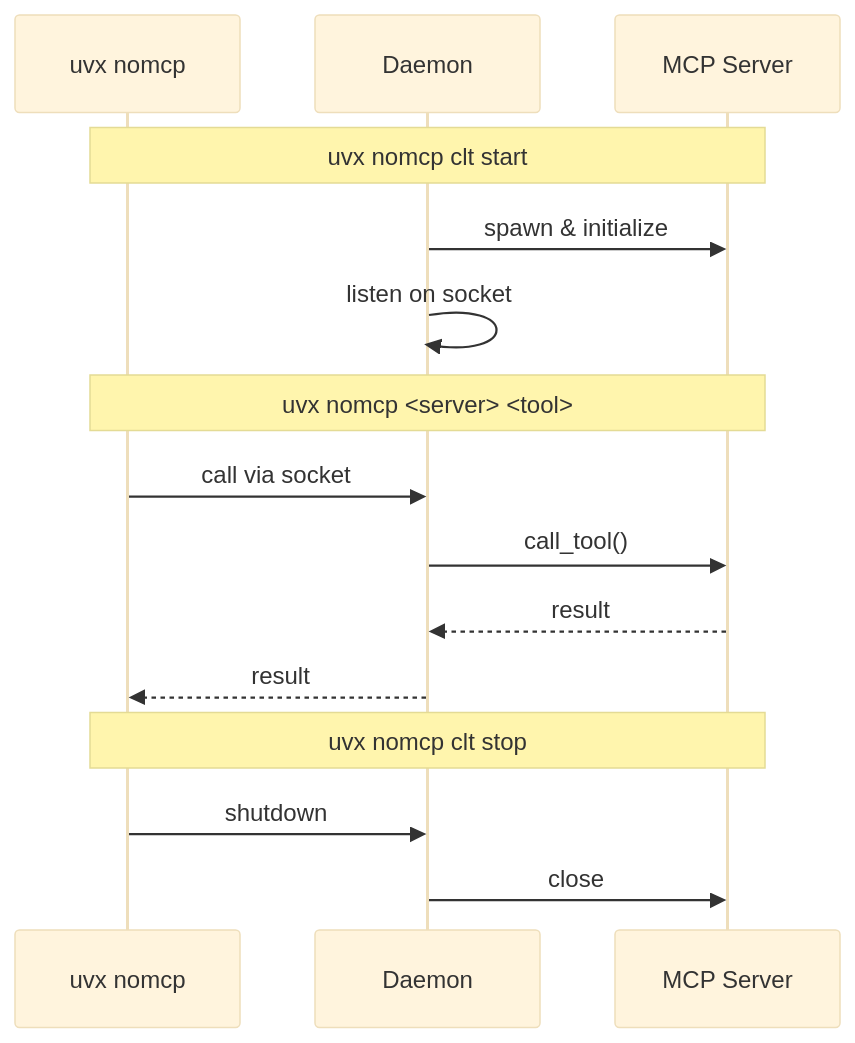
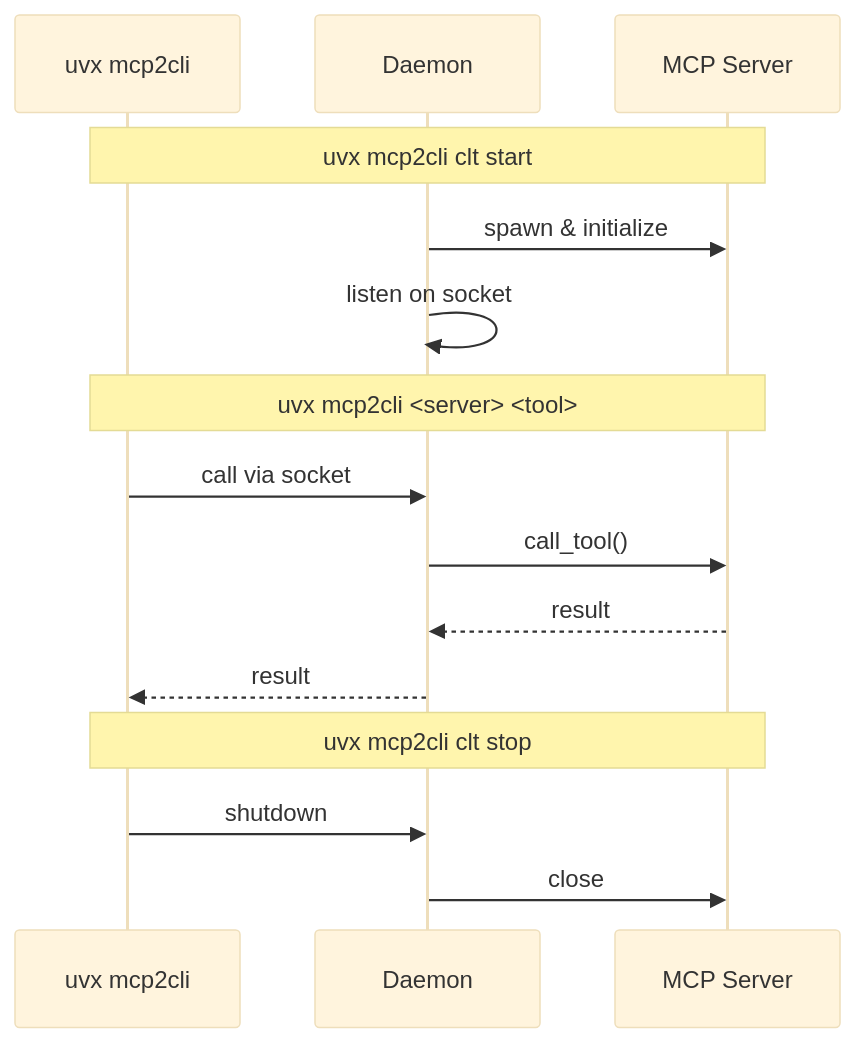
The second of 2 diagrams in README.md (Am1n3e/unmcp), drawn with Mermaid (base theme) before and after one commit. The commit also changed other lines of this file and 21 other files, not shown here.

First line of the commit message:
Rename package from nomcp to mcp2cli

````diff
--- a/README.md
+++ b/README.md
@@ -90,20 +90,20 @@
 ```mermaid
 sequenceDiagram
-    participant CLI as uvx nomcp
+    participant CLI as uvx mcp2cli
     participant D as Daemon
     participant MCP as MCP Server
 
-    Note over CLI,MCP: uvx nomcp clt start
+    Note over CLI,MCP: uvx mcp2cli clt start
     D->>MCP: spawn & initialize
     D->>D: listen on socket
 
-    Note over CLI,MCP: uvx nomcp <server> <tool>
+    Note over CLI,MCP: uvx mcp2cli <server> <tool>
     CLI->>D: call via socket
     D->>MCP: call_tool()
     MCP-->>D: result
     D-->>CLI: result
 
-    Note over CLI,MCP: uvx nomcp clt stop
+    Note over CLI,MCP: uvx mcp2cli clt stop
     CLI->>D: shutdown
     D->>MCP: close
 ```
````
